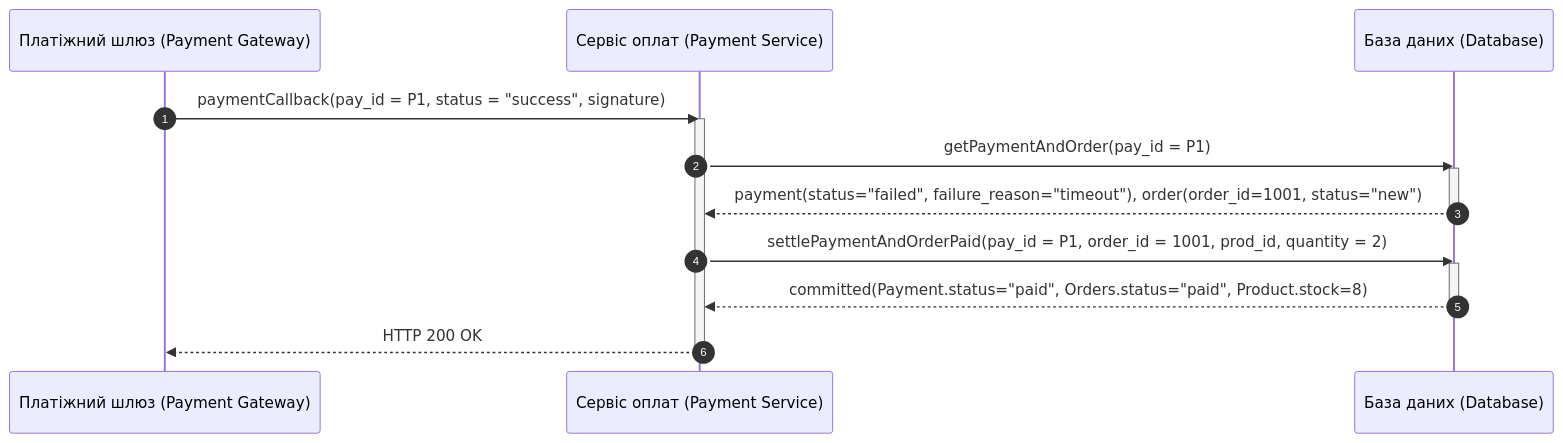
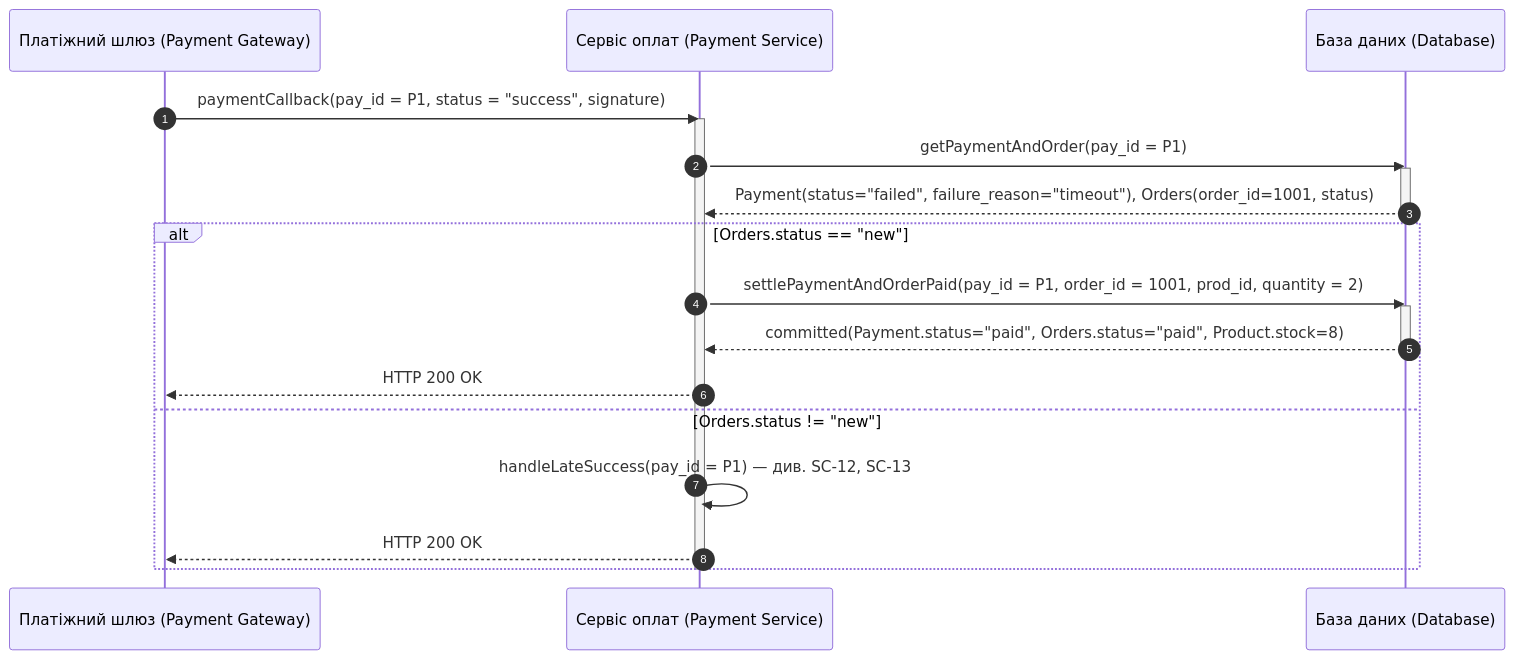
The ninth of 15 diagrams in Lab3/diagram.md (hutnichs/KPI_MAVPZ), drawn with Mermaid before and after one commit. The commit also changed other lines of this file, not shown here.

Commit message:
Refactor payment flow and update details

````diff
--- a/Lab3/diagram.md
+++ b/Lab3/diagram.md
@@ -284,20 +315,25 @@
 ```mermaid
 sequenceDiagram
     autonumber
     participant PGW as Платіжний шлюз (Payment Gateway)
     participant PS as Сервіс оплат (Payment Service)
     participant DB as База даних (Database)
 
     PGW->>PS: paymentCallback(pay_id = P1, status = "success", signature)
     activate PS
     PS->>DB: getPaymentAndOrder(pay_id = P1)
     activate DB
-    DB-->>PS: payment(status="failed", failure_reason="timeout"), order(order_id=1001, status="new")
+    DB-->>PS: Payment(status="failed", failure_reason="timeout"), Orders(order_id=1001, status)
     deactivate DB
-    PS->>DB: settlePaymentAndOrderPaid(pay_id = P1, order_id = 1001, prod_id, quantity = 2)
-    activate DB
-    DB-->>PS: committed(Payment.status="paid", Orders.status="paid", Product.stock=8)
-    deactivate DB
-    PS-->>PGW: HTTP 200 OK
+    alt Orders.status == "new"
+        PS->>DB: settlePaymentAndOrderPaid(pay_id = P1, order_id = 1001, prod_id, quantity = 2)
+        activate DB
+        DB-->>PS: committed(Payment.status="paid", Orders.status="paid", Product.stock=8)
+        deactivate DB
+        PS-->>PGW: HTTP 200 OK
+    else Orders.status != "new"
+        PS->>PS: handleLateSuccess(pay_id = P1) — див. SC-12, SC-13
+        PS-->>PGW: HTTP 200 OK
+    end
     deactivate PS
 ```
````
